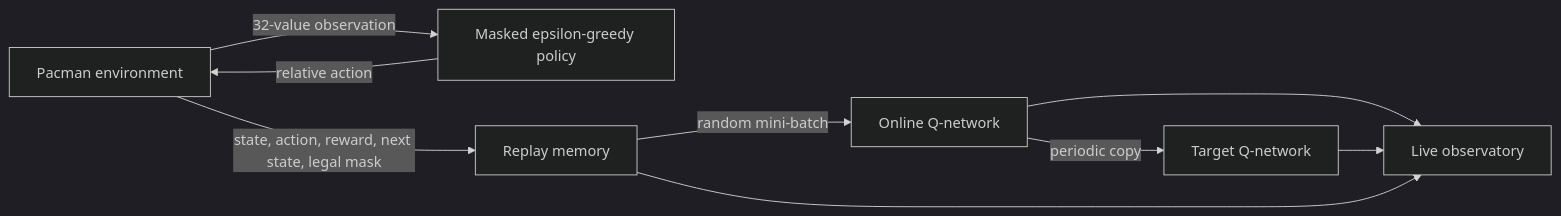
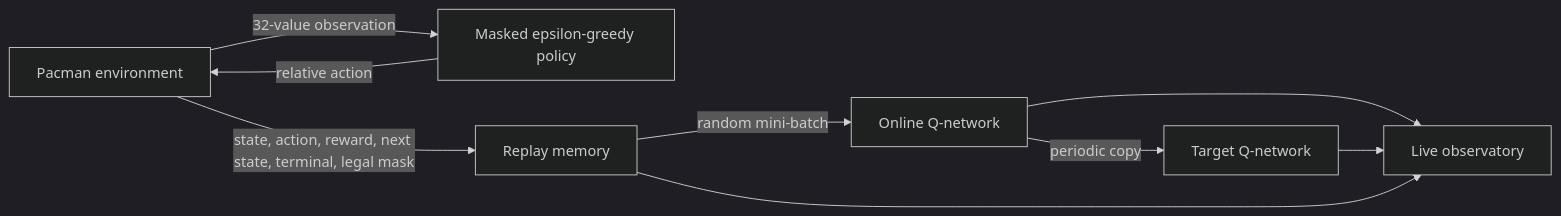
Before and after one commit to Juskocode/LateNightDeepLearning: the diagram in README.md, drawn with Mermaid (dark theme). The commit also changed other lines of this file and 5 other files, not shown here.

````diff
--- a/README.md
+++ b/README.md
@@ -179,11 +201,11 @@
 ```mermaid
 flowchart LR
     E["Pacman environment"] -->|32-value observation| P["Masked epsilon-greedy policy"]
     P -->|relative action| E
-    E -->|state, action, reward, next state, legal mask| M["Replay memory"]
+    E -->|state, action, reward, next state, terminal, legal mask| M["Replay memory"]
     M -->|random mini-batch| O["Online Q-network"]
     O -->|periodic copy| T["Target Q-network"]
     O --> V["Live observatory"]
     T --> V
     M --> V
 ```
````
